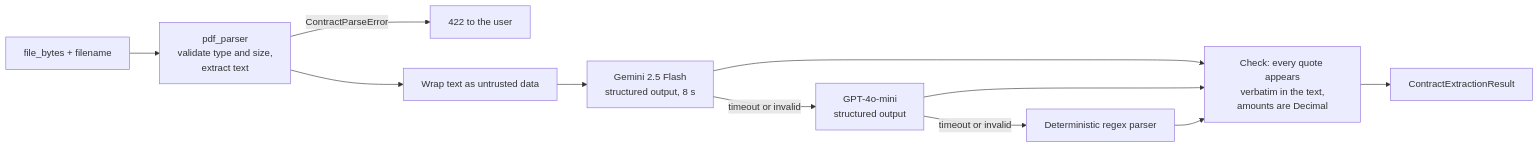
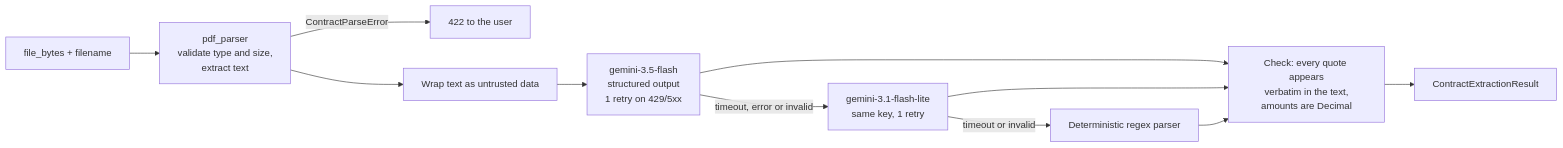
The second of 3 diagrams in backend/app/ai/WORKFLOW.md (Ahmed-fall/PaypalContractor), drawn with Mermaid before and after one commit. The commit also changed other lines of this file and 1 other file, not shown here.

````diff
--- a/backend/app/ai/WORKFLOW.md
+++ b/backend/app/ai/WORKFLOW.md
@@ -50,13 +50,13 @@
 ```mermaid
 flowchart LR
     A[file_bytes + filename] --> B[pdf_parser<br/>validate type and size,<br/>extract text]
     B -->|ContractParseError| Z1[422 to the user]
     B --> C[Wrap text as untrusted data]
-    C --> D[Gemini 2.5 Flash<br/>structured output, 8 s]
-    D -->|timeout or invalid| E[GPT-4o-mini<br/>structured output]
+    C --> D[gemini-3.5-flash<br/>structured output<br/>1 retry on 429/5xx]
+    D -->|timeout, error or invalid| E[gemini-3.1-flash-lite<br/>same key, 1 retry]
     E -->|timeout or invalid| F[Deterministic regex parser]
     D --> G
     E --> G
     F --> G[Check: every quote appears<br/>verbatim in the text,<br/>amounts are Decimal]
     G --> H[ContractExtractionResult]
 ```
````
